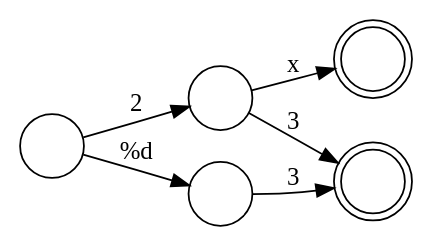
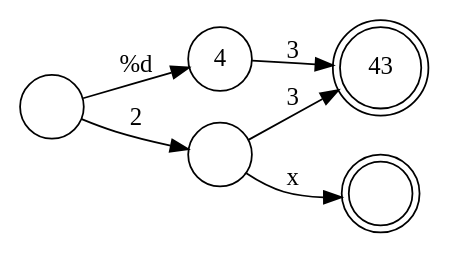
The diagram in test.dot (leegao/LuaInLua), drawn with Graphviz before and after one commit. The commit also changed 3 other files, not shown here.

```diff
--- a/test.dot
+++ b/test.dot
@@ -1,11 +1,16 @@
 digraph {
   rankdir=LR;
   size="8,5"
   node[shape=doublecircle,label=""]; 3 4;
   node[shape=circle,label=""];
+ 4[label=""];
+ 1[label=""];
+ 5[label="4"];
+ 2[label=""];
+ 3[label="43"];
   1 -> 2[label="2"];
   1 -> 5[label="%d"];
   5 -> 3[label="3"];
   2 -> 3[label="3"];
   2 -> 4[label="x"];
 }
```
